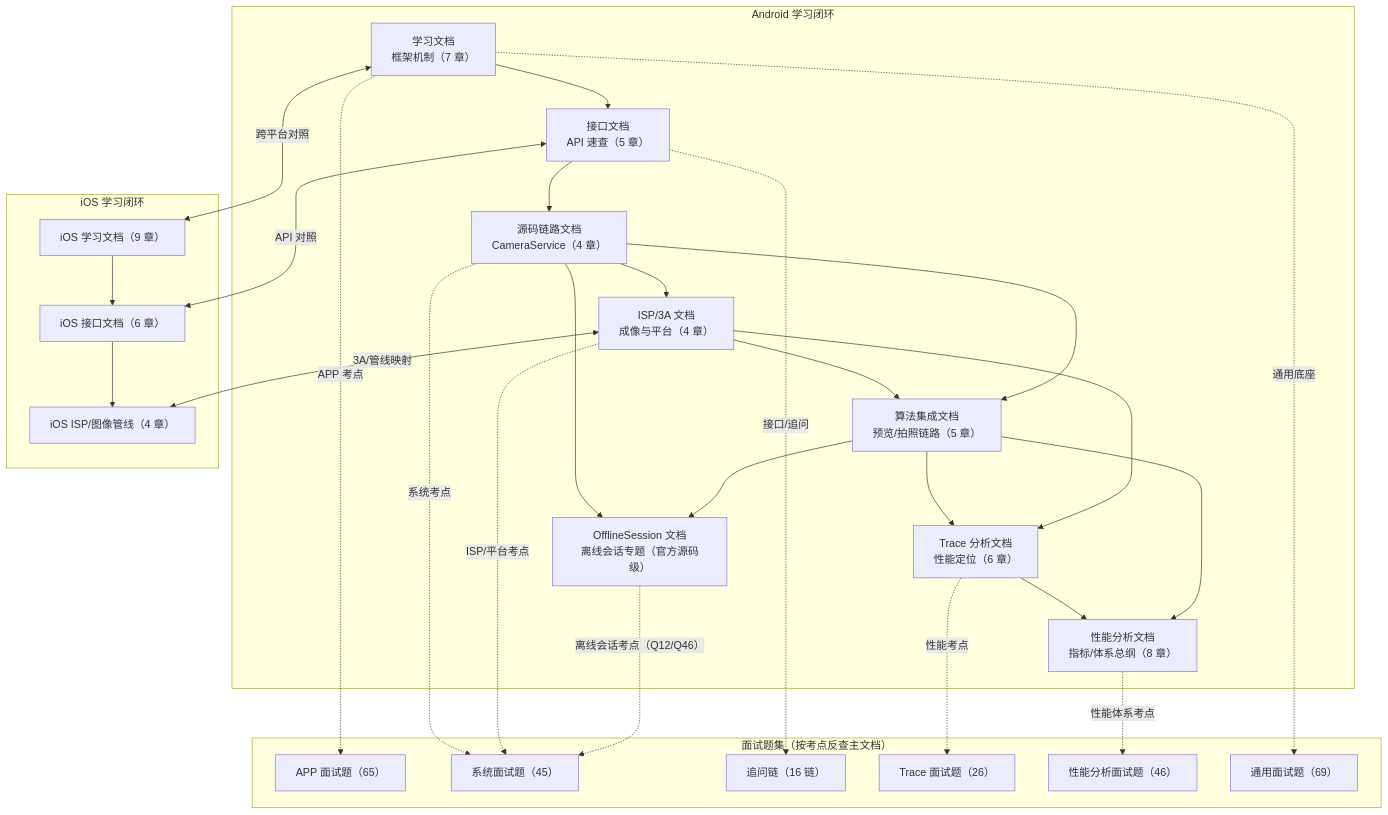
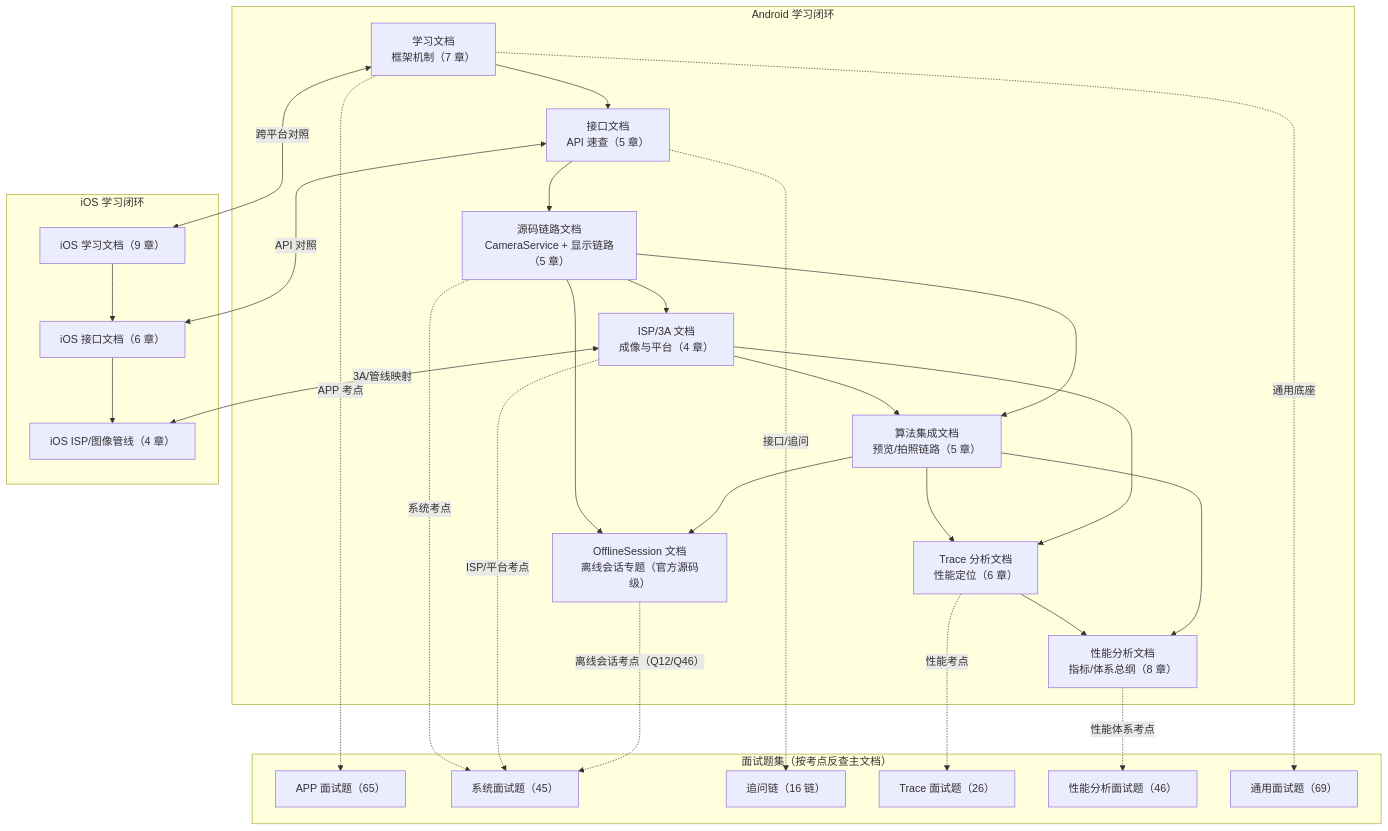
Before and after one commit to ChiangyangNPU/camera-learning: the diagram in README.md, drawn with Mermaid. The commit also changed other lines of this file and 4 other files, not shown here.

````diff
--- a/README.md
+++ b/README.md
@@ -9,39 +9,39 @@
 ```mermaid
 flowchart TB
     subgraph AND["Android 学习闭环"]
         A1["学习文档<br/>框架机制（7 章）"] --> A2["接口文档<br/>API 速查（5 章）"]
-        A2 --> A3["源码链路文档<br/>CameraService（4 章）"]
+        A2 --> A3["源码链路文档<br/>CameraService + 显示链路（5 章）"]
         A3 --> A4["ISP/3A 文档<br/>成像与平台（4 章）"]
         A4 --> A5["算法集成文档<br/>预览/拍照链路（5 章）"]
         A3 --> A5
         A5 --> A6["Trace 分析文档<br/>性能定位（6 章）"]
         A4 --> A6
         A6 --> A7["性能分析文档<br/>指标/体系总纲（8 章）"]
         A5 --> A7
         A3 --> A8["OfflineSession 文档<br/>离线会话专题（官方源码级）"]
         A5 --> A8
     end
     subgraph IV["面试题集（按考点反查主文档）"]
         Q1["APP 面试题（65）"]
         Q2["系统面试题（45）"]
         Q3["追问链（16 链）"]
         Q4["Trace 面试题（26）"]
         Q6["性能分析面试题（46）"]
         Q5["通用面试题（69）"]
     end
     subgraph IOS["iOS 学习闭环"]
         B1["iOS 学习文档（9 章）"] --> B2["iOS 接口文档（6 章）"]
         B2 --> B3["iOS ISP/图像管线（4 章）"]
     end
     A1 -.->|"APP 考点"| Q1
     A2 -.->|"接口/追问"| Q3
     A3 -.->|"系统考点"| Q2
     A4 -.->|"ISP/平台考点"| Q2
     A8 -.->|"离线会话考点（Q12/Q46）"| Q2
     A6 -.->|"性能考点"| Q4
     A7 -.->|"性能体系考点"| Q6
     A1 -.->|"通用底座"| Q5
     A1 <-->|"跨平台对照"| B1
     A2 <-->|"API 对照"| B2
     A4 <-->|"3A/管线映射"| B3
 ```
````
